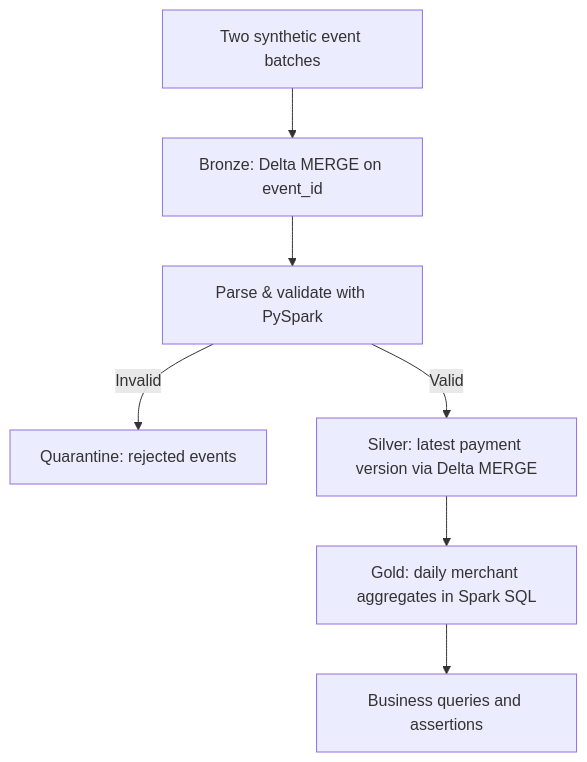
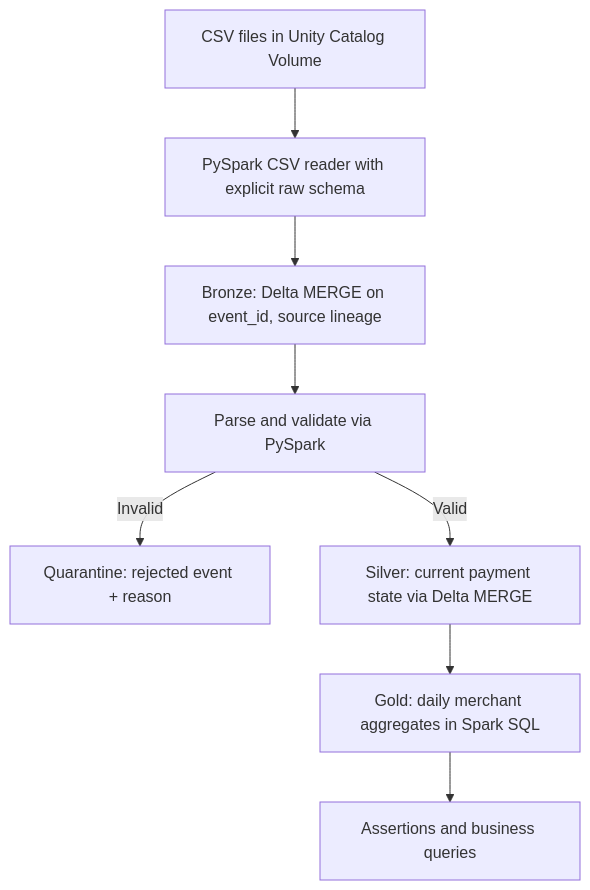
One commit to AshutoshDekatey/financial-data-lakehouse changed the diagram in docs/architecture.md. Above: the diagram before and after it, drawn with Mermaid. The commit also changed other lines of this file and 6 other files, not shown here.

Commit message:
feat: add CSV ingestion and incremental Delta pipeline

````diff
--- a/docs/architecture.md
+++ b/docs/architecture.md
@@ -3,9 +3,10 @@
 ```mermaid
 flowchart TD
-  A[Two synthetic event batches] --> B[Bronze: Delta MERGE on event_id]
-  B --> C[Parse & validate with PySpark]
-  C -->|Invalid| D[Quarantine: rejected events]
-  C -->|Valid| E[Silver: latest payment version via Delta MERGE]
-  E --> F[Gold: daily merchant aggregates in Spark SQL]
-  F --> G[Business queries and assertions]
+  A[CSV files in Unity Catalog Volume] --> B[PySpark CSV reader with explicit raw schema]
+  B --> C[Bronze: Delta MERGE on event_id, source lineage]
+  C --> D[Parse and validate via PySpark]
+  D -->|Invalid| E[Quarantine: rejected event + reason]
+  D -->|Valid| F[Silver: current payment state via Delta MERGE]
+  F --> G[Gold: daily merchant aggregates in Spark SQL]
+  G --> H[Assertions and business queries]
 ```
````
